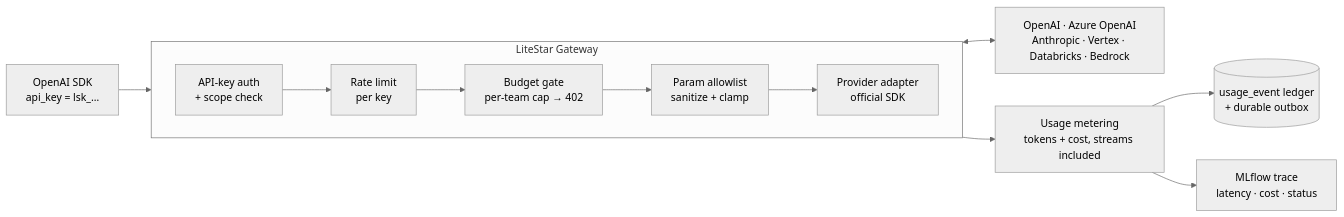
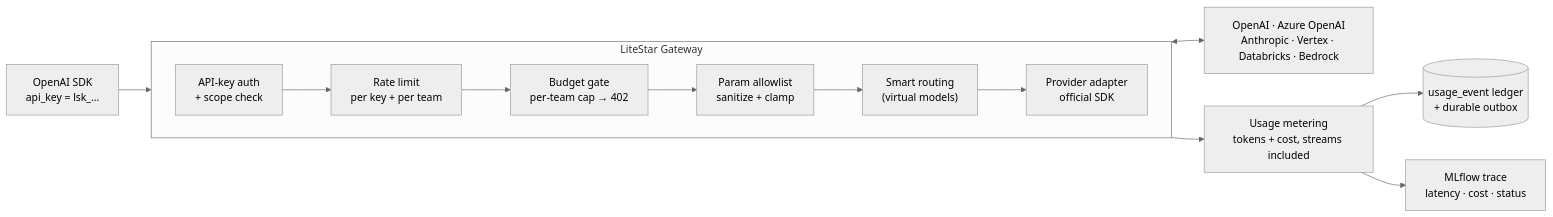
The first of 2 diagrams in README.md (carlo99999/LiteStarGateway), drawn with Mermaid (neutral theme) before and after one commit. The commit also changed other lines of this file and 5 other files, not shown here.

````diff
--- a/README.md
+++ b/README.md
@@ -45,18 +67,19 @@
 ```mermaid
 flowchart LR
     Client["OpenAI SDK<br/>api_key = lsk_…"] --> Auth
 
     subgraph Gateway["LiteStar Gateway"]
         direction LR
-        Auth["API-key auth<br/>+ scope check"] --> RateLimit["Rate limit<br/>per key"]
+        Auth["API-key auth<br/>+ scope check"] --> RateLimit["Rate limit<br/>per key + per team"]
         RateLimit --> Budget["Budget gate<br/>per-team cap → 402"]
         Budget --> Policy["Param allowlist<br/>sanitize + clamp"]
-        Policy --> Adapter["Provider adapter<br/>official SDK"]
+        Policy --> Router["Smart routing<br/>(virtual models)"]
+        Router --> Adapter["Provider adapter<br/>official SDK"]
     end
 
     Adapter <--> Providers["OpenAI · Azure OpenAI<br/>Anthropic · Vertex · Databricks · Bedrock"]
 
     Adapter --> Meter["Usage metering<br/>tokens + cost, streams included"]
     Meter --> Ledger[("usage_event ledger<br/>+ durable outbox")]
     Meter --> Trace["MLflow trace<br/>latency · cost · status"]
 ```
````
